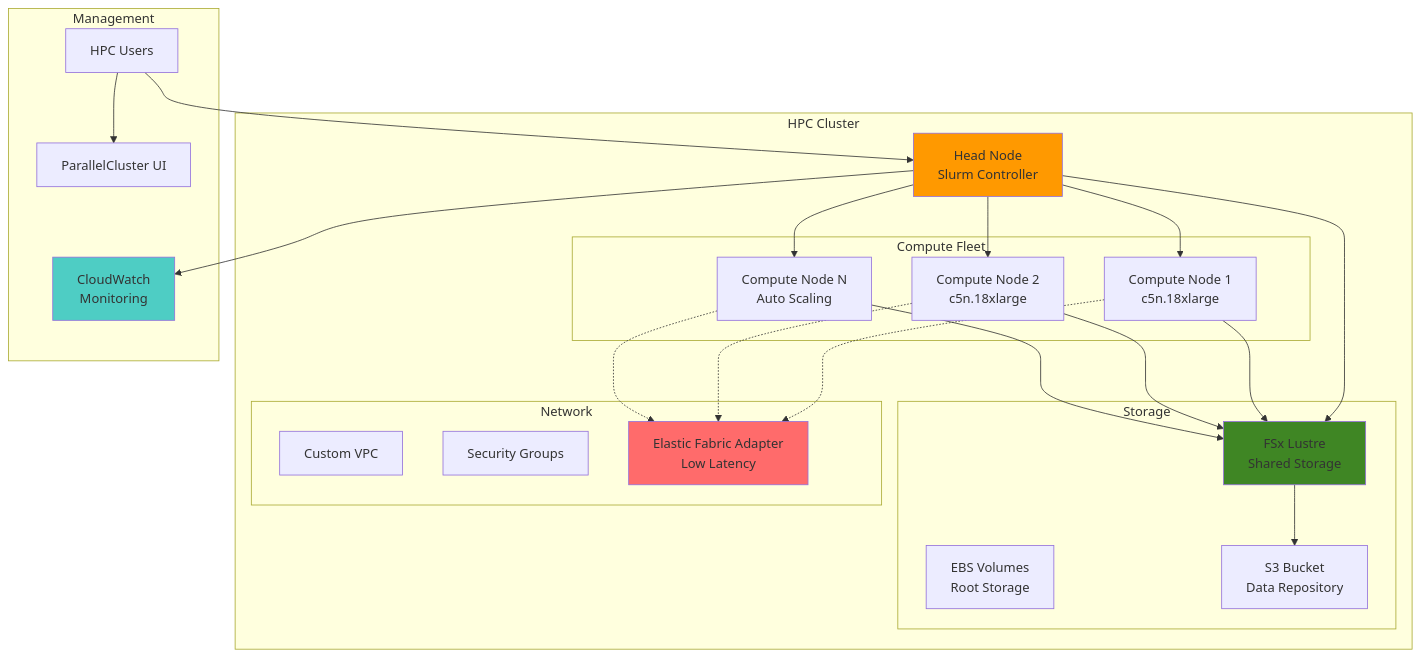
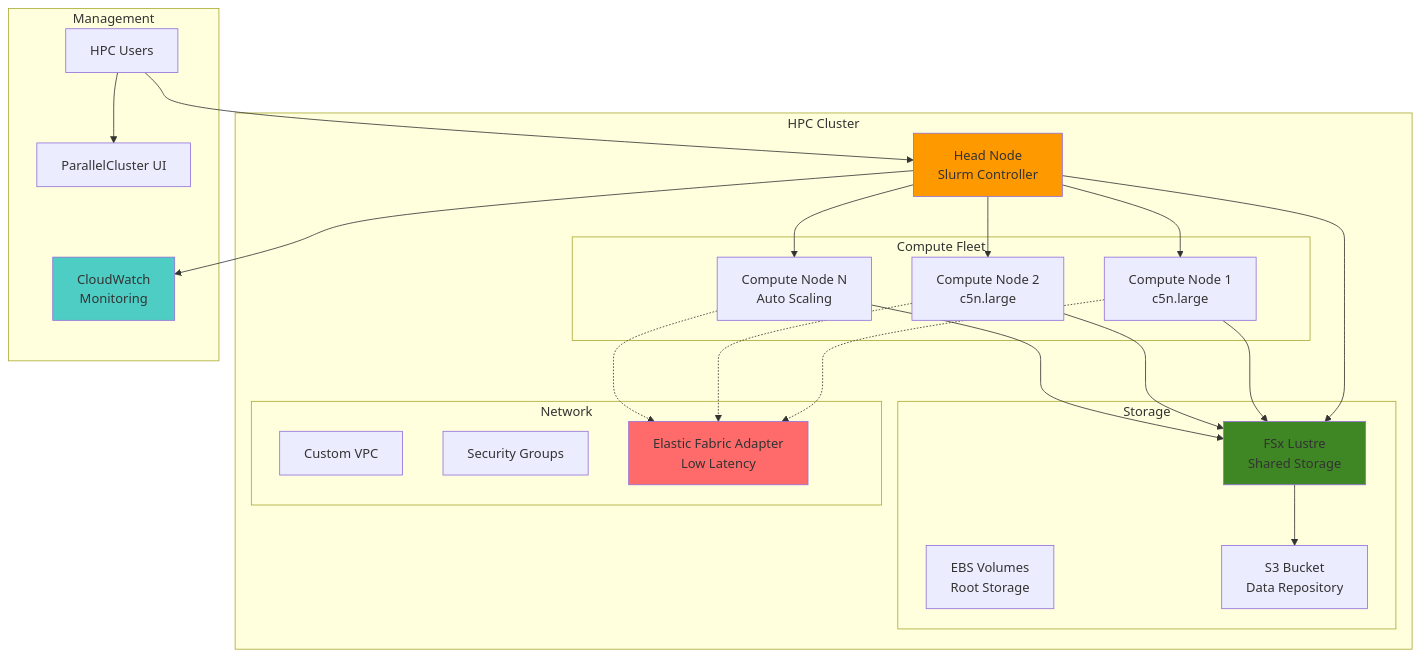
Before and after one commit to mzazon/awesome-cloud-projects: the diagram in aws/scalable-hpc-cluster/scalable-hpc-cluster.md, drawn with Mermaid. The commit also changed other lines of this file and 5581 other files, not shown here.

````diff
--- a/aws/scalable-hpc-cluster/scalable-hpc-cluster.md
+++ b/aws/scalable-hpc-cluster/scalable-hpc-cluster.md
@@ -30,53 +30,53 @@
 ```mermaid
 graph TB
     subgraph "HPC Cluster"
         HEAD[Head Node<br/>Slurm Controller]
         
         subgraph "Compute Fleet"
-            CN1[Compute Node 1<br/>c5n.18xlarge]
-            CN2[Compute Node 2<br/>c5n.18xlarge]
+            CN1[Compute Node 1<br/>c5n.large]
+            CN2[Compute Node 2<br/>c5n.large]
             CN3[Compute Node N<br/>Auto Scaling]
         end
         
         subgraph "Storage"
             EBS[EBS Volumes<br/>Root Storage]
             FSX[FSx Lustre<br/>Shared Storage]
             S3[S3 Bucket<br/>Data Repository]
         end
         
         subgraph "Network"
             VPC[Custom VPC]
             SG[Security Groups]
             EFA[Elastic Fabric Adapter<br/>Low Latency]
         end
     end
     
     subgraph "Management"
         USER[HPC Users]
         PCUI[ParallelCluster UI]
         CW[CloudWatch<br/>Monitoring]
     end
     
     USER --> HEAD
     USER --> PCUI
     HEAD --> CN1
     HEAD --> CN2
     HEAD --> CN3
     
     CN1 -.-> EFA
     CN2 -.-> EFA
     CN3 -.-> EFA
     
     HEAD --> FSX
     CN1 --> FSX
     CN2 --> FSX
     CN3 --> FSX
     
     FSX --> S3
     HEAD --> CW
     
     style HEAD fill:#FF9900
     style FSX fill:#3F8624
     style EFA fill:#FF6B6B
     style CW fill:#4ECDC4
 ```
````
